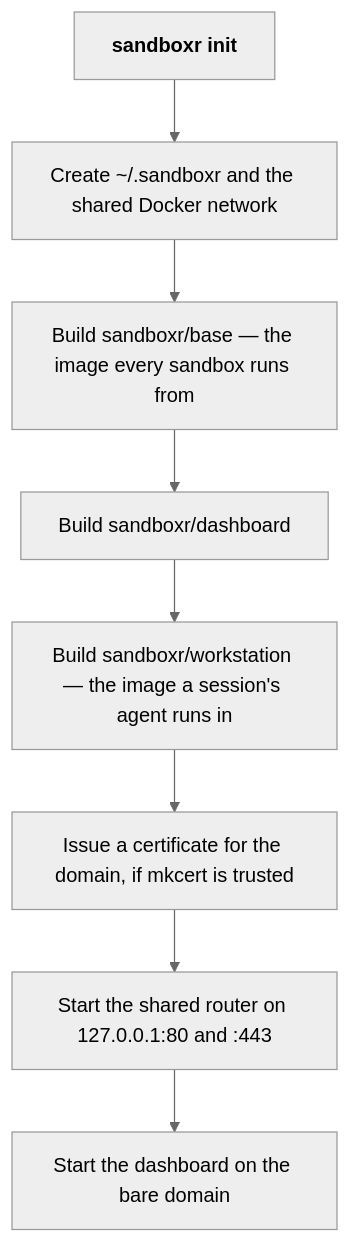
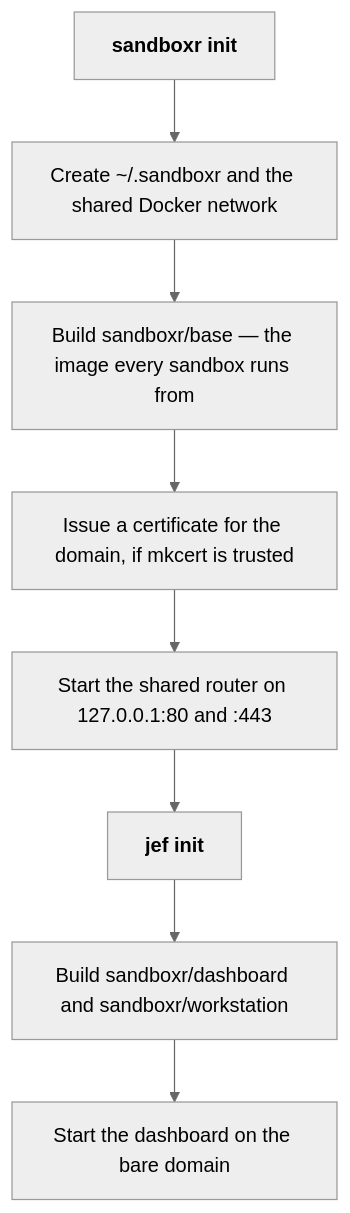
Before and after one commit to mattmoran56/sandboxer-core: the diagram in docs/getting-started/install.md, drawn with Mermaid (neutral theme). The commit also changed other lines of this file and 5 other files, not shown here.

````diff
--- a/docs/getting-started/install.md
+++ b/docs/getting-started/install.md
@@ -89,12 +89,12 @@
 ```mermaid
 flowchart TB
   a["<b>sandboxr init</b>"]
   b["Create ~/.sandboxr and the shared Docker network"]
   c["Build sandboxr/base — the image every sandbox runs from"]
-  d["Build sandboxr/dashboard"]
-  d2["Build sandboxr/workstation — the image a session's agent runs in"]
   e["Issue a certificate for the domain, if mkcert is trusted"]
   f["Start the shared router on 127.0.0.1:80 and :443"]
-  g["Start the dashboard on the bare domain"]
-  a --> b --> c --> d --> d2 --> e --> f --> g
+  a --> b --> c --> e --> f
+  f --> g["<b>jef init</b>"]
+  g --> h["Build sandboxr/dashboard and sandboxr/workstation"]
+  h --> i["Start the dashboard on the bare domain"]
 ```
````
